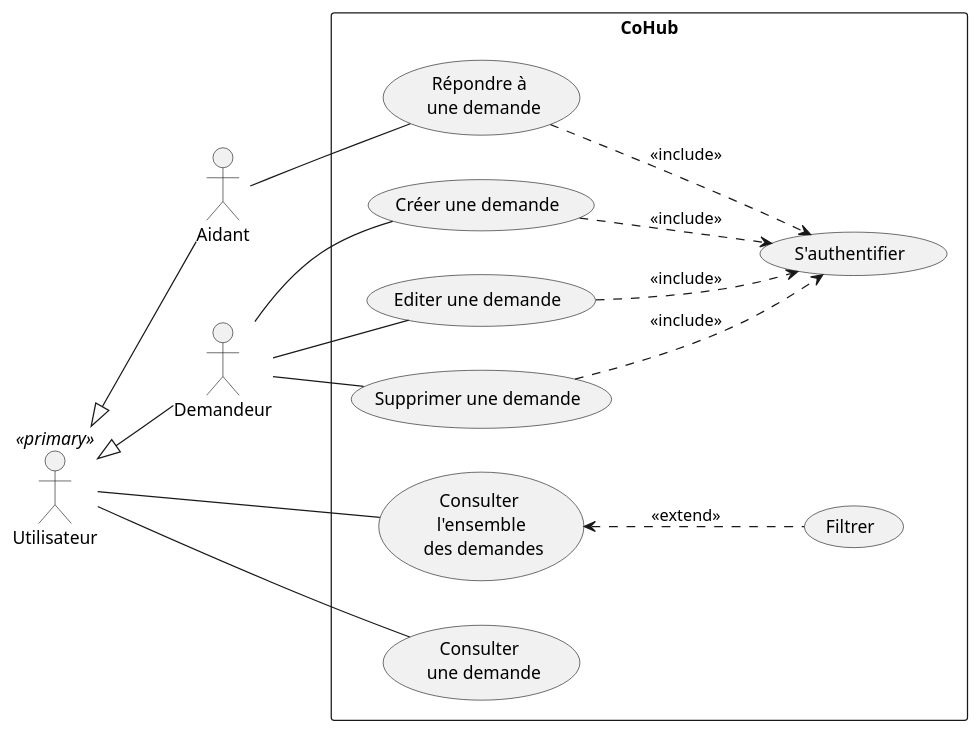
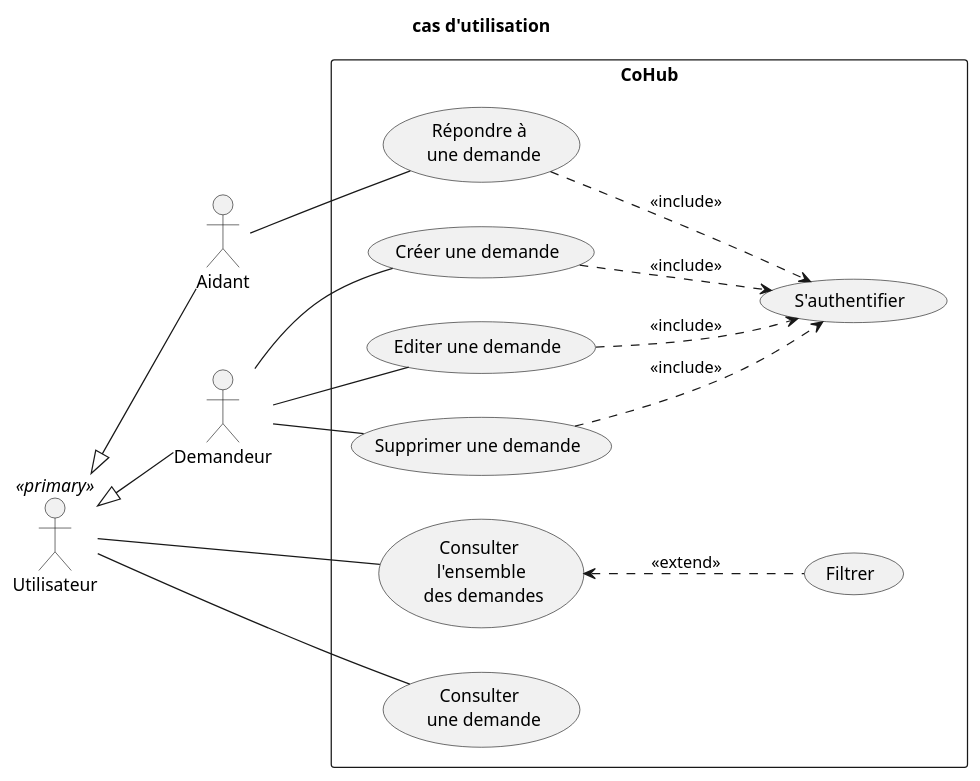
The diagram in docs/UML/cas utilisation.puml (dorianleveque/CoHub), drawn with PlantUML before and after one commit. The commit also changed 5 other files, not shown here.

```diff
--- a/docs/UML/cas utilisation.puml
+++ b/docs/UML/cas utilisation.puml
@@ -1,37 +1,39 @@
-@startuml
+@startuml diagramme cas utilisation
+title cas d'utilisation
+
 left to right direction
 actor Utilisateur as "Utilisateur" <<primary>>
 actor Aidant
 actor Demandeur
 
 Utilisateur <|-- Aidant
 Utilisateur <|-- Demandeur
 
 rectangle "CoHub" {
     usecase UC1 as "Consulter \n l'ensemble \n des demandes"
     usecase UC2 as "Consulter \n une demande"
     usecase UC3 as "Filtrer"
     usecase UC5 as "Créer une demande"
     usecase UC6 as "Editer une demande"
     usecase UC7 as "Répondre à \n une demande"
     usecase UC8 as "S'authentifier"
     usecase UC9 as "Supprimer une demande"
 
     Utilisateur -- (UC1)
     Utilisateur -- (UC2)
     UC1 <.. UC3 : <<extend>>
     
 
     Demandeur -- UC5
     Demandeur -- UC9
     Demandeur -- UC6
 
 
 
     Aidant -- UC7
     UC7 ..> UC8 : <<include>>
     UC5 ..> UC8 : <<include>>
     UC6 ..> UC8 : <<include>>
     UC9 ..> UC8 : <<include>>
 }
 @enduml
```
